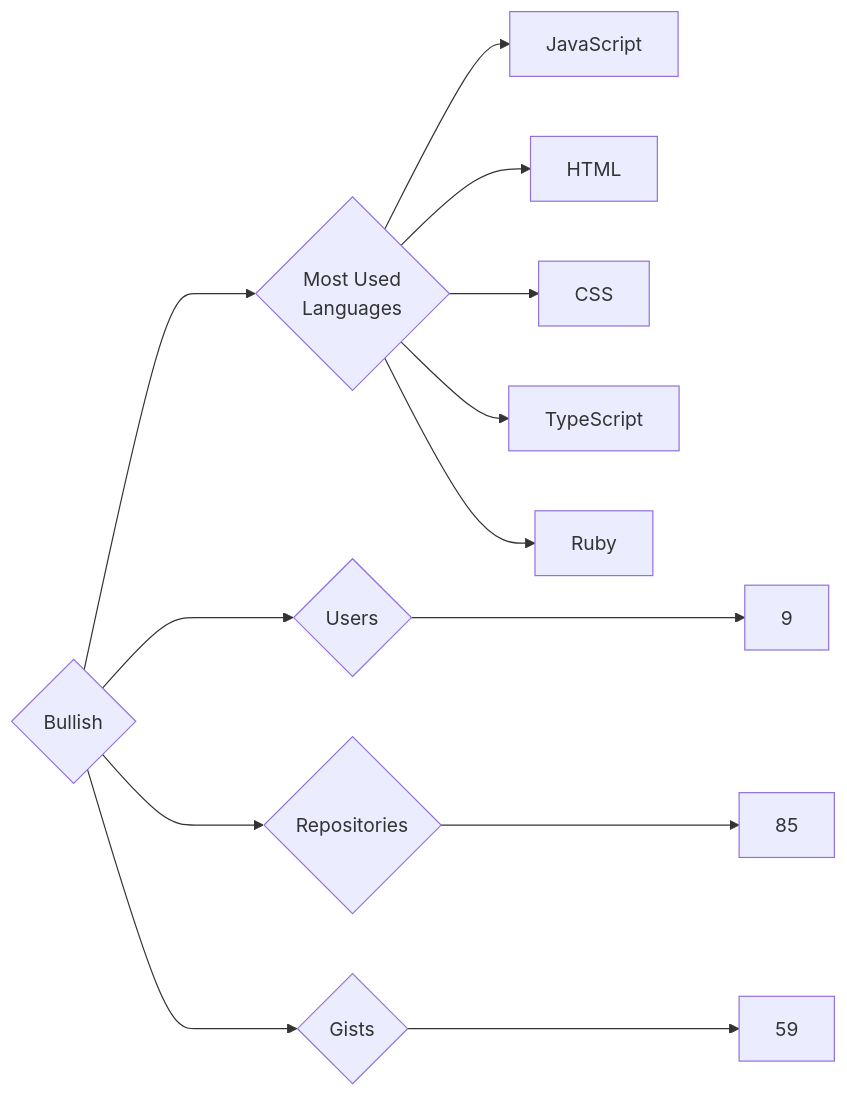
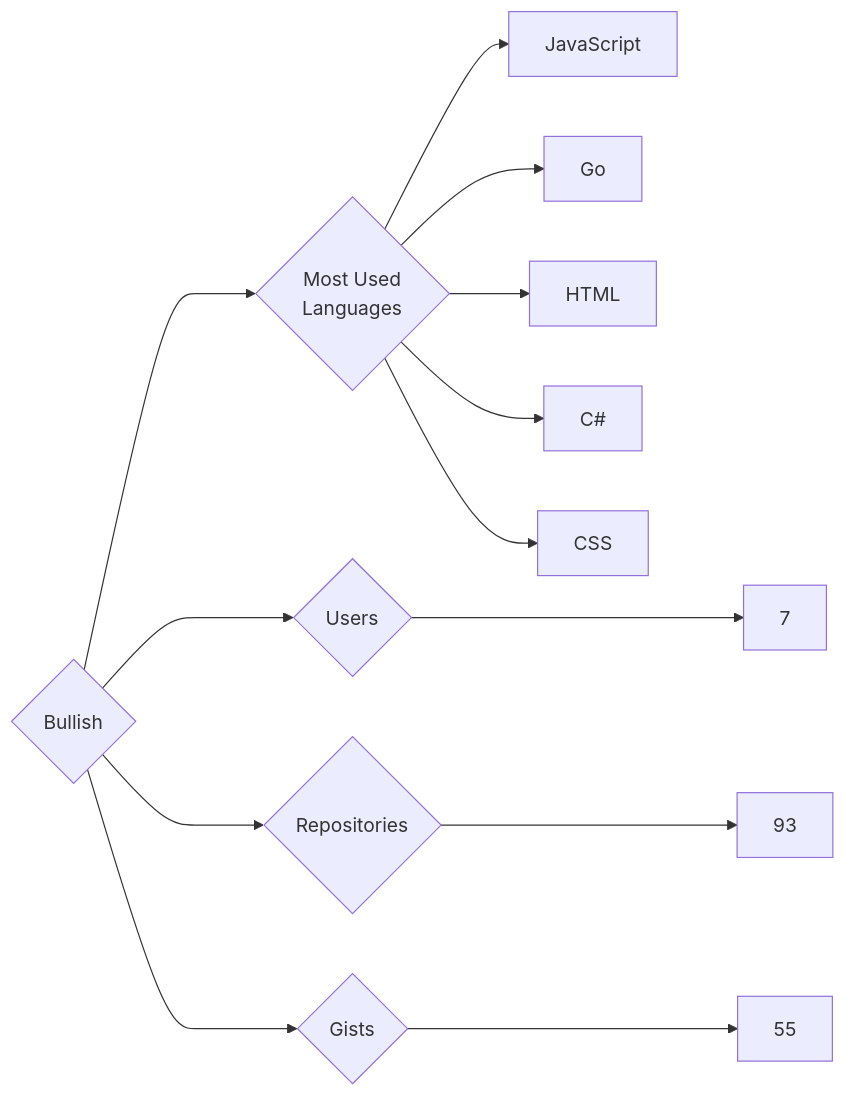
The diagram in targets/Bullish/README.md (trickest/insiders), drawn with Mermaid before and after one commit. The commit also changed 814 other files, not shown here.

````diff
--- a/targets/Bullish/README.md
+++ b/targets/Bullish/README.md
@@ -3,13 +3,13 @@
 ```mermaid
 graph LR
 COMPANY_NAME{Bullish}
-COMPANY_NAME ---> U{Users} ---> UN[9]
-COMPANY_NAME ---> R{Repositories} ---> RN[85]
-COMPANY_NAME ---> G{Gists} ---> GN[59]
+COMPANY_NAME ---> U{Users} ---> UN[7]
+COMPANY_NAME ---> R{Repositories} ---> RN[93]
+COMPANY_NAME ---> G{Gists} ---> GN[55]
 COMPANY_NAME ---> ML{Most Used<br>Languages}
 ML --> JavaScript[JavaScript]
+ML --> Go[Go]
 ML --> HTML[HTML]
+ML --> C#[C#]
 ML --> CSS[CSS]
-ML --> TypeScript[TypeScript]
-ML --> Ruby[Ruby]
 ```
````
